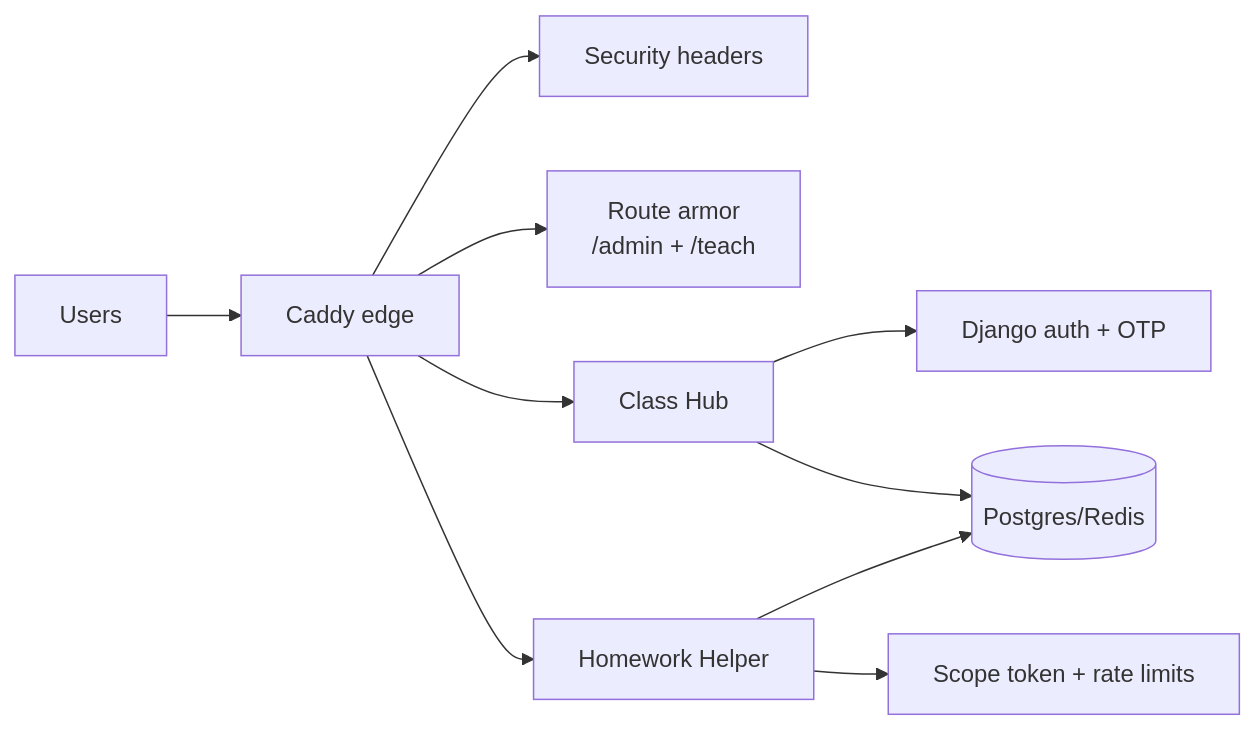
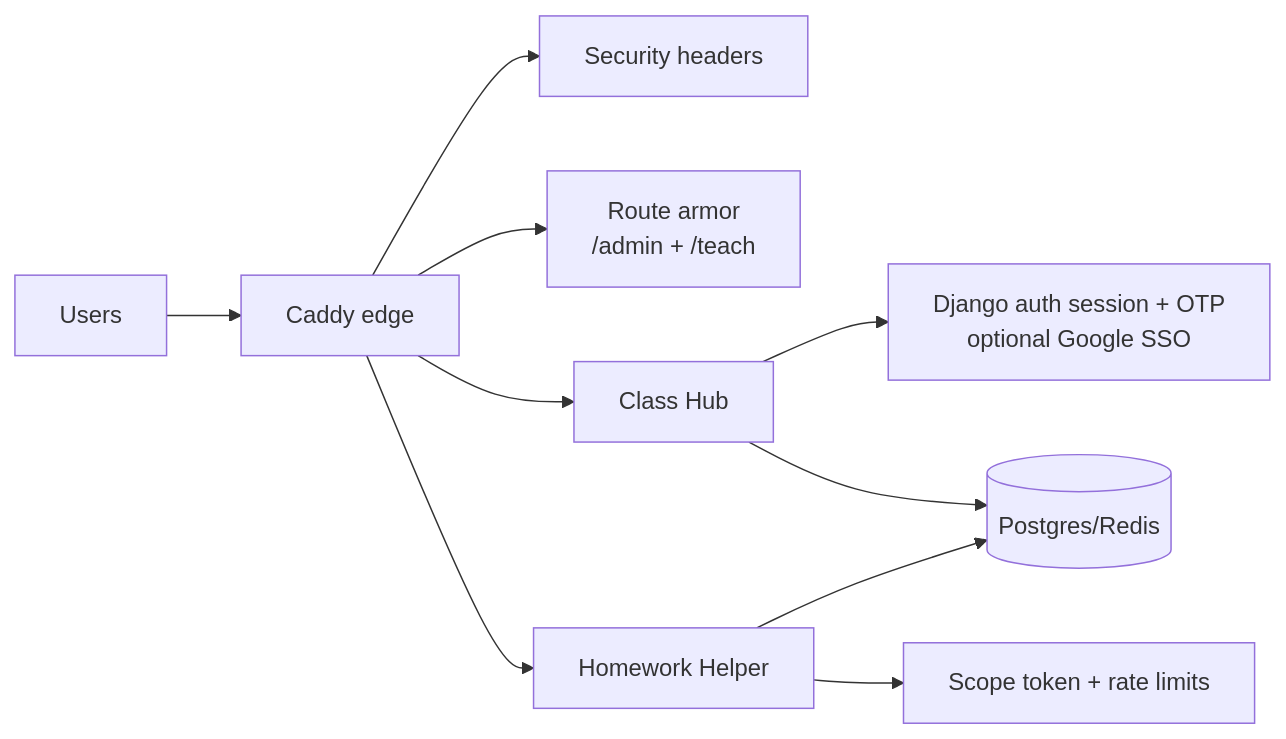
The first of 2 diagrams in docs/SECURITY.md (bseverns/classhub), drawn with Mermaid before and after one commit. The commit also changed other lines of this file and 15 other files, not shown here.

````diff
--- a/docs/SECURITY.md
+++ b/docs/SECURITY.md
@@ -20,12 +20,12 @@
 ```mermaid
 flowchart LR
   U[Users] --> C[Caddy edge]
   C --> H1[Security headers]
   C --> H2[Route armor<br/>/admin + /teach]
   C --> A[Class Hub]
   C --> B[Homework Helper]
-  A --> D[Django auth + OTP]
+  A --> D[Django auth session + OTP<br/>optional Google SSO]
   B --> E[Scope token + rate limits]
   A --> F[(Postgres/Redis)]
   B --> F
 ```
````
